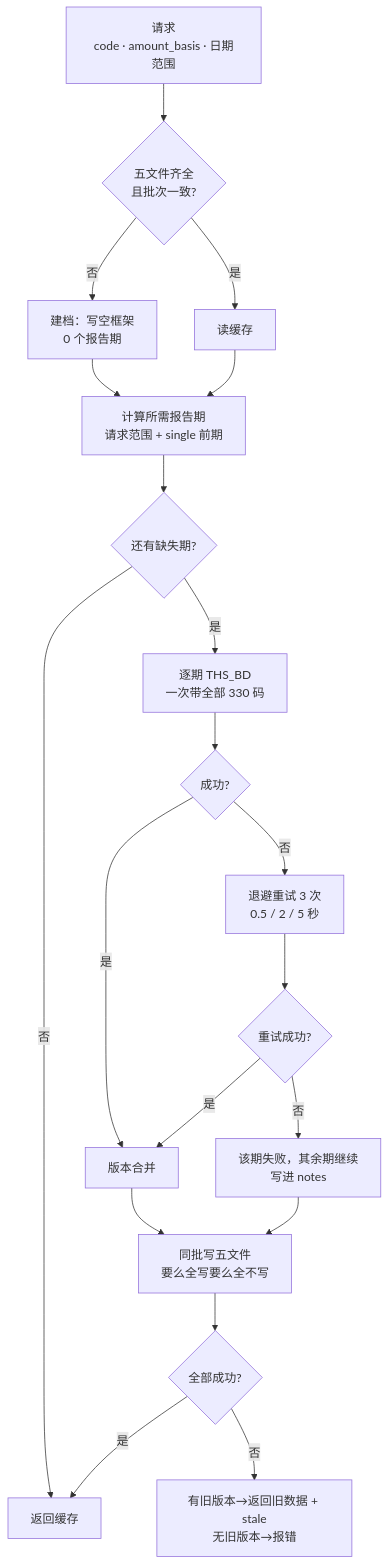
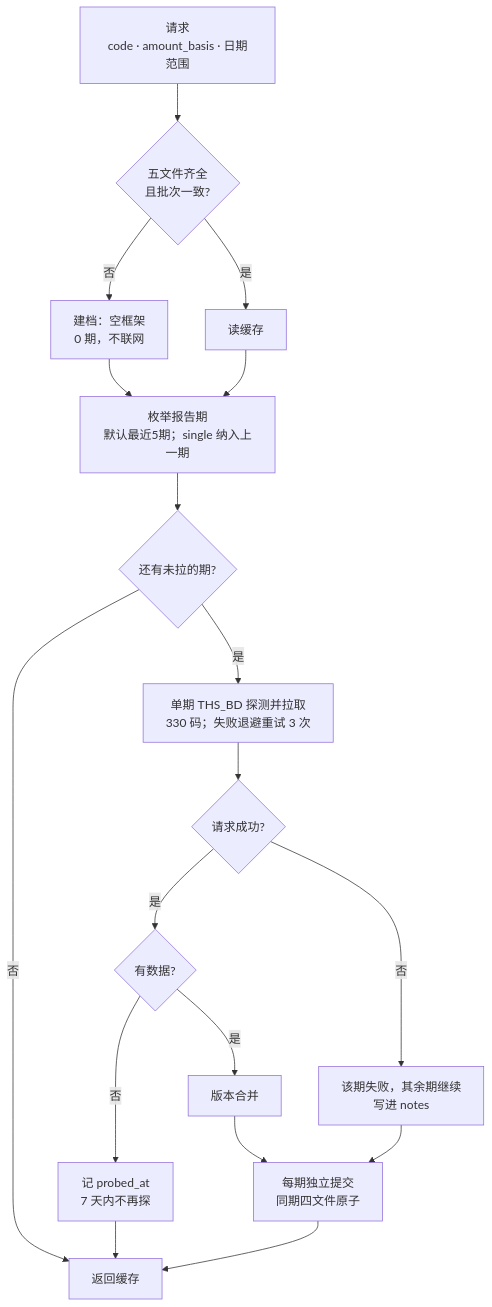
One commit to alone-tree/Ashare-announcements-MCP changed the diagram in docs/assets/src/financial-lazy.mmd. Above: the diagram before and after it, drawn with Mermaid. The commit also changed 6 other files, not shown here.

Commit message:
财报新鲜期重定义并定稿惰性拉取：默认最近5期、探测已披露才拉、7天窗口、每期独立提交；数据源路线定为全面切 iFinD

```diff
--- a/docs/assets/src/financial-lazy.mmd
+++ b/docs/assets/src/financial-lazy.mmd
@@ -1,20 +1,18 @@
 flowchart TD
     A["请求<br/>code · amount_basis · 日期范围"] --> B{"五文件齐全<br/>且批次一致?"}
-    B -- 否 --> C["建档：写空框架<br/>0 个报告期"]
+    B -- 否 --> C["建档：空框架<br/>0 期，不联网"]
     B -- 是 --> D["读缓存"]
-    C --> E["计算所需报告期<br/>请求范围 + single 前期"]
+    C --> E["枚举报告期<br/>默认最近5期；single 纳入上一期"]
     D --> E
-    E --> F{"还有缺失期?"}
+    E --> F{"还有未拉的期?"}
     F -- 否 --> K["返回缓存"]
-    F -- 是 --> G["逐期 THS_BD<br/>一次带全部 330 码"]
-    G --> H{"成功?"}
-    H -- 否 --> I["退避重试 3 次<br/>0.5 / 2 / 5 秒"]
-    I --> J{"重试成功?"}
-    J -- 否 --> L["该期失败，其余期继续<br/>写进 notes"]
-    H -- 是 --> M["版本合并"]
-    J -- 是 --> M
-    M --> N["同批写五文件<br/>要么全写要么全不写"]
-    L --> N
-    N --> O{"全部成功?"}
-    O -- 是 --> K
-    O -- 否 --> P["有旧版本→返回旧数据 + stale<br/>无旧版本→报错"]
+    F -- 是 --> G["单期 THS_BD 探测并拉取<br/>330 码；失败退避重试 3 次"]
+    G --> H{"请求成功?"}
+    H -- 否 --> L["该期失败，其余期继续<br/>写进 notes"]
+    H -- 是 --> M{"有数据?"}
+    M -- 否 --> P["记 probed_at<br/>7 天内不再探"]
+    M -- 是 --> N["版本合并"]
+    N --> Q["每期独立提交<br/>同期四文件原子"]
+    L --> Q
+    P --> K
+    Q --> K
```
